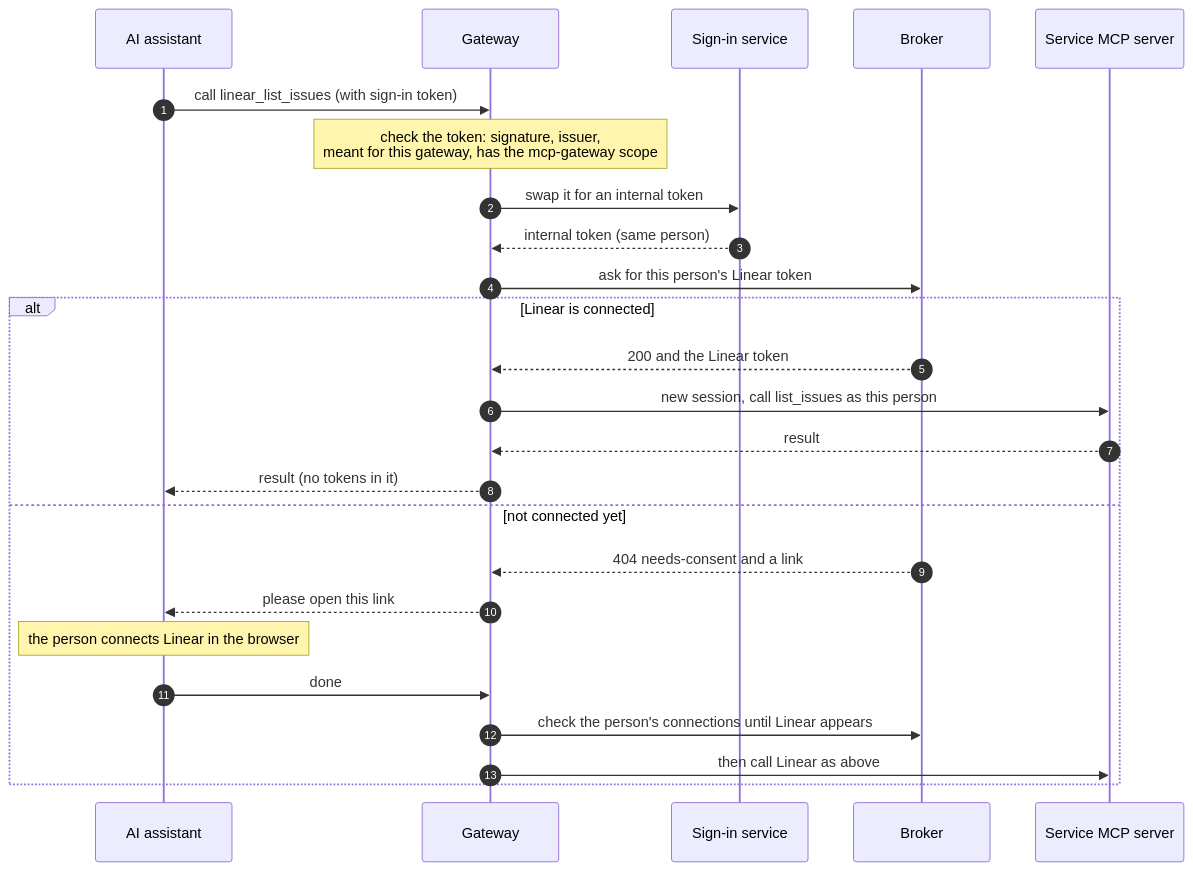
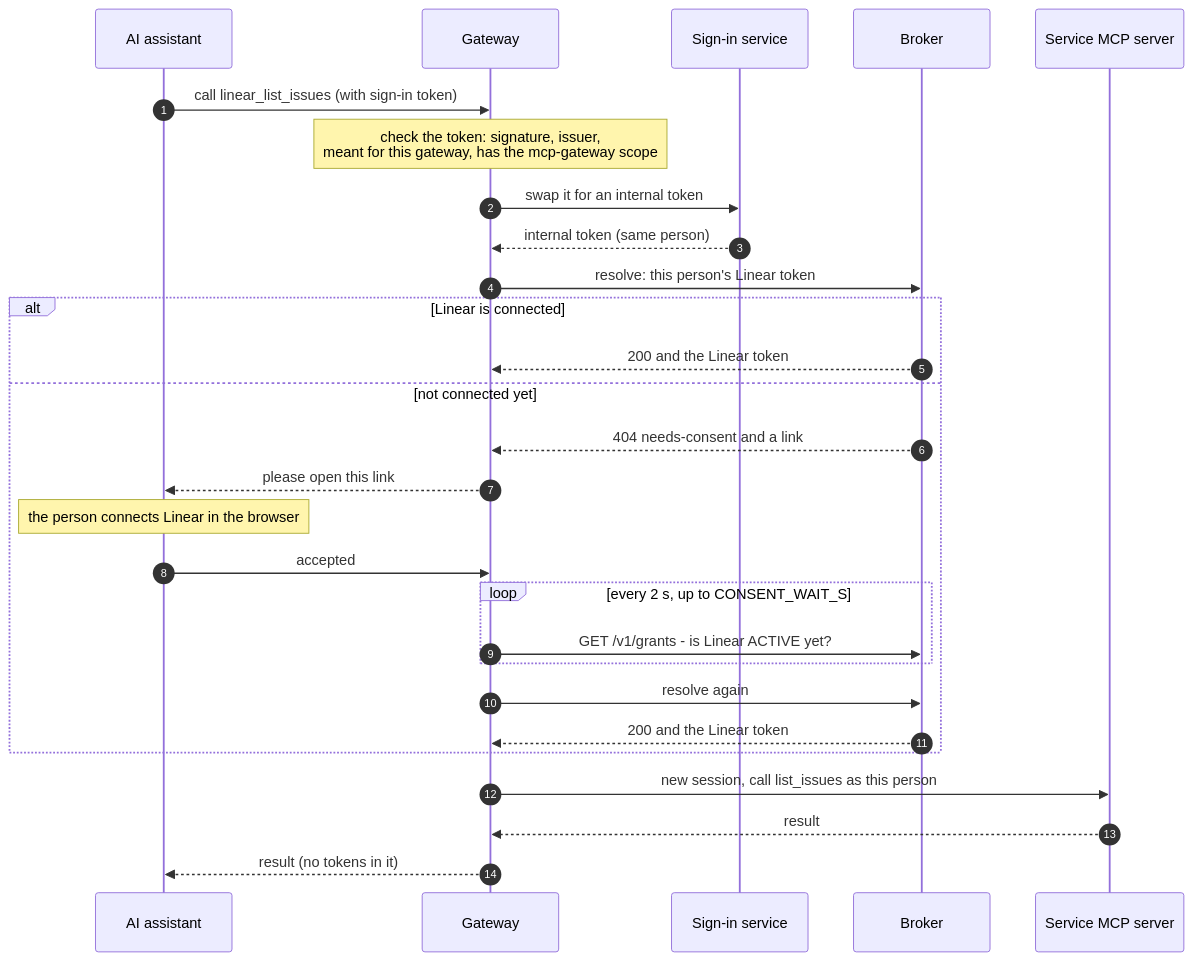
Before and after one commit to chief-builder/vendor-token-broker: the second of 5 diagrams in docs/mcp-gateway.md, drawn with Mermaid. The commit also changed other lines of this file and 26 other files, not shown here.

````diff
--- a/docs/mcp-gateway.md
+++ b/docs/mcp-gateway.md
@@ -38,28 +50,31 @@
 ```mermaid
 sequenceDiagram
     autonumber
     participant C as AI assistant
     participant G as Gateway
     participant H as Sign-in service
     participant B as Broker
     participant M as Service MCP server
 
     C->>G: call linear_list_issues (with sign-in token)
     Note over G: check the token: signature, issuer,<br/>meant for this gateway, has the mcp-gateway scope
     G->>H: swap it for an internal token
     H-->>G: internal token (same person)
-    G->>B: ask for this person's Linear token
+    G->>B: resolve: this person's Linear token
     alt Linear is connected
         B-->>G: 200 and the Linear token
-        G->>M: new session, call list_issues as this person
-        M-->>G: result
-        G-->>C: result (no tokens in it)
     else not connected yet
         B-->>G: 404 needs-consent and a link
         G-->>C: please open this link
         Note over C: the person connects Linear in the browser
-        C->>G: done
-        G->>B: check the person's connections until Linear appears
-        G->>M: then call Linear as above
+        C->>G: accepted
+        loop every 2 s, up to CONSENT_WAIT_S
+            G->>B: GET /v1/grants - is Linear ACTIVE yet?
+        end
+        G->>B: resolve again
+        B-->>G: 200 and the Linear token
     end
+    G->>M: new session, call list_issues as this person
+    M-->>G: result
+    G-->>C: result (no tokens in it)
 ```
````
